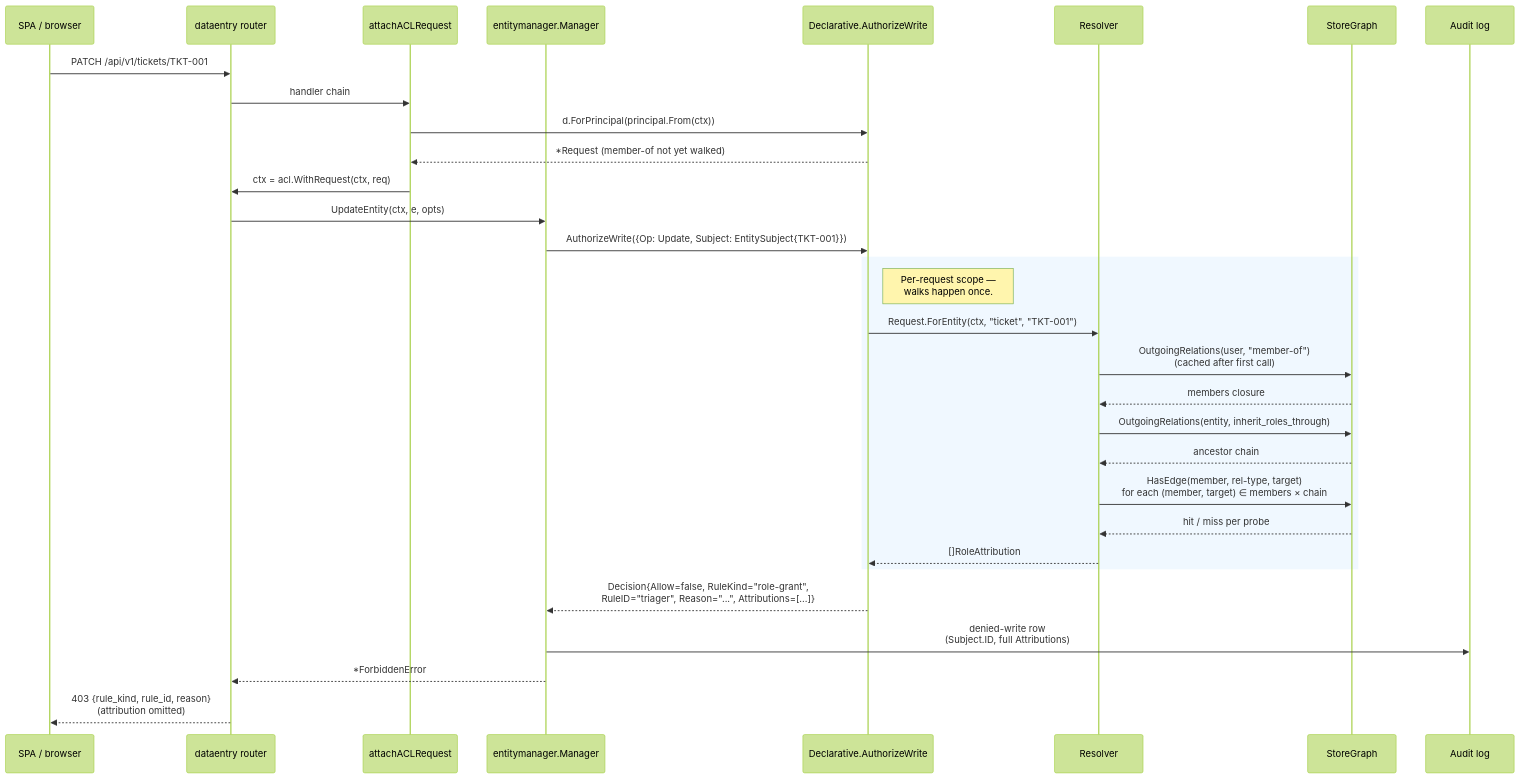
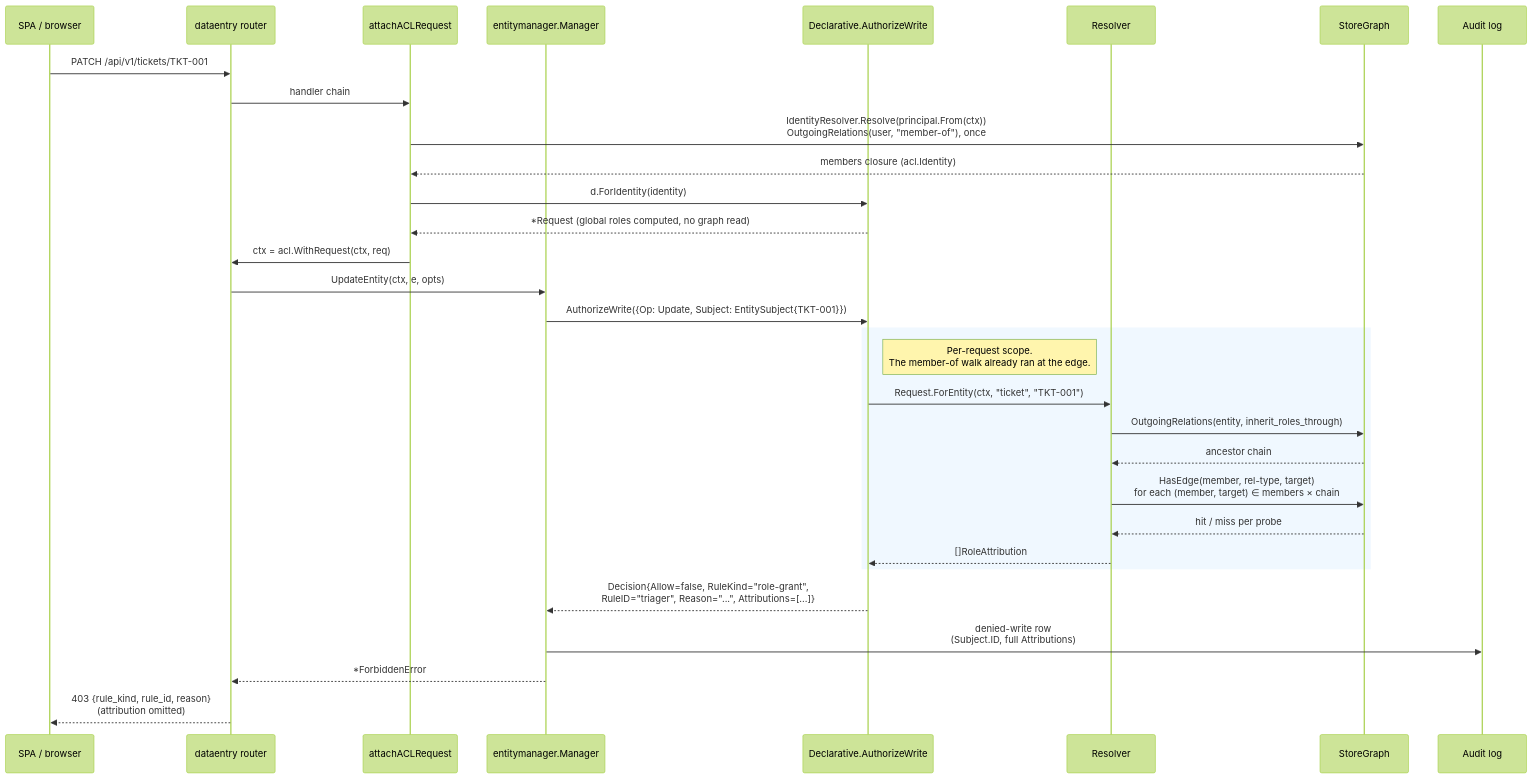
Before and after one commit to sourcehaven-bv/rela: the second of 3 diagrams in docs-project/entities/guides/GUIDE-acl-overview.md, drawn with Mermaid (forest theme). The commit also changed other lines of this file and 404 other files, not shown here.

Commit message:
refactor(acl): resolve identity once at the request edge

````diff
--- a/docs-project/entities/guides/GUIDE-acl-overview.md
+++ b/docs-project/entities/guides/GUIDE-acl-overview.md
@@ -68,36 +70,36 @@
 ```mermaid
 sequenceDiagram
     participant SPA as SPA / browser
     participant Router as dataentry router
     participant Mid as attachACLRequest
     participant EM as entitymanager.Manager
     participant D as Declarative.AuthorizeWrite
     participant Res as Resolver
     participant Graph as StoreGraph
     participant Aud as Audit log
 
     SPA->>Router: PATCH /api/v1/tickets/TKT-001
     Router->>Mid: handler chain
-    Mid->>D: d.ForPrincipal(principal.From(ctx))
-    D-->>Mid: *Request (member-of not yet walked)
+    Mid->>Graph: IdentityResolver.Resolve(principal.From(ctx))<br/>OutgoingRelations(user, "member-of"), once
+    Graph-->>Mid: members closure (acl.Identity)
+    Mid->>D: d.ForIdentity(identity)
+    D-->>Mid: *Request (global roles computed, no graph read)
     Mid->>Router: ctx = acl.WithRequest(ctx, req)
     Router->>EM: UpdateEntity(ctx, e, opts)
     EM->>D: AuthorizeWrite({Op: Update, Subject: EntitySubject{TKT-001}})
 
     rect rgb(240, 248, 255)
-        note right of D: Per-request scope —<br/>walks happen once.
+        note right of D: Per-request scope.<br/>The member-of walk already ran at the edge.
         D->>Res: Request.ForEntity(ctx, "ticket", "TKT-001")
-        Res->>Graph: OutgoingRelations(user, "member-of")<br/>(cached after first call)
-        Graph-->>Res: members closure
         Res->>Graph: OutgoingRelations(entity, inherit_roles_through)
         Graph-->>Res: ancestor chain
         Res->>Graph: HasEdge(member, rel-type, target)<br/>for each (member, target) ∈ members × chain
         Graph-->>Res: hit / miss per probe
         Res-->>D: []RoleAttribution
     end
 
     D-->>EM: Decision{Allow=false, RuleKind="role-grant",<br/>RuleID="triager", Reason="...", Attributions=[...]}
     EM->>Aud: denied-write row<br/>(Subject.ID, full Attributions)
     EM-->>Router: *ForbiddenError
     Router-->>SPA: 403 {rule_kind, rule_id, reason}<br/>(attribution omitted)
 ```
````
